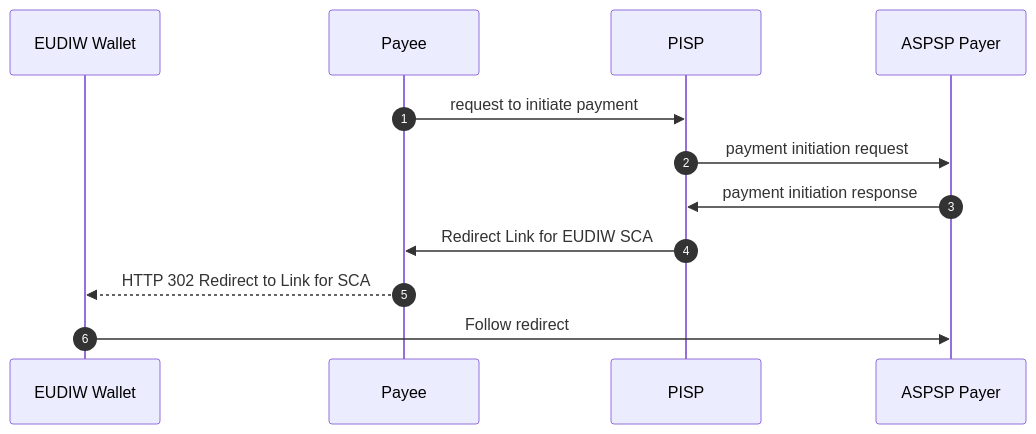
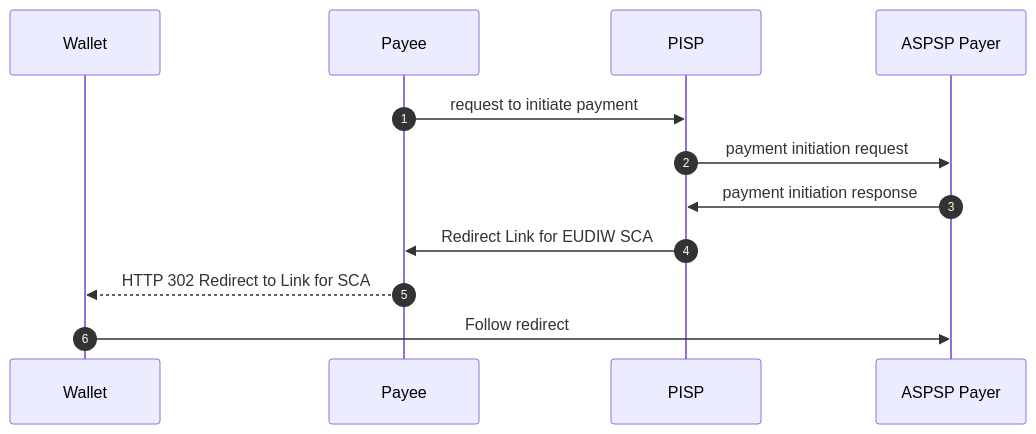
One commit to digitallabor-berlin/eudiw-sca changed the second of 4 diagrams in openbanking-r2s.md. Above: the diagram before and after it, drawn with Mermaid. The commit also changed other lines of this file, not shown here.

````diff
--- a/openbanking-r2s.md
+++ b/openbanking-r2s.md
@@ -134,17 +134,17 @@
 ```mermaid
 
 sequenceDiagram
     autonumber
-    participant uw as EUDIW Wallet
+    participant uw as Wallet
     participant payee as Payee
     participant pisp as PISP
     participant bank as ASPSP Payer
 
     payee ->> pisp: request to initiate payment 
     pisp ->> bank: payment initiation request
     bank ->> pisp: payment initiation response
     pisp ->> payee: Redirect Link for EUDIW SCA
     payee -->> uw: HTTP 302 Redirect to Link for SCA
     uw ->> bank: Follow redirect
 
 ```
````
